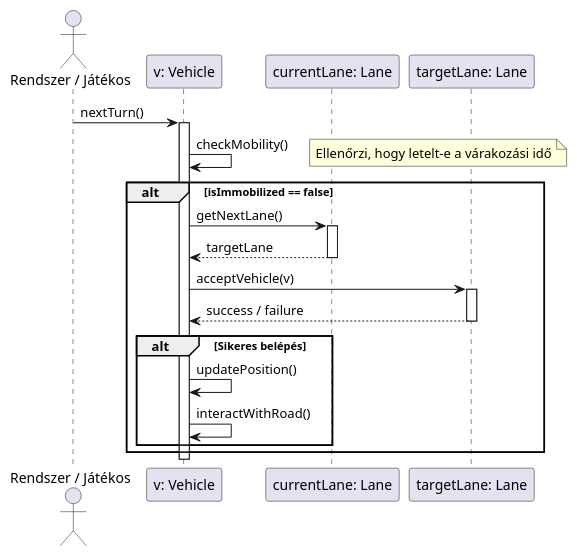
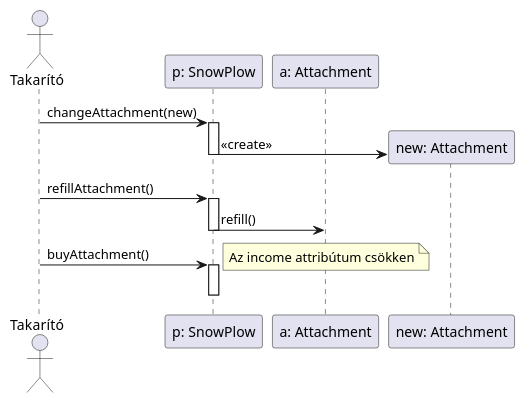
Before and after one commit to toth-andor/UneNotteANapoli: the diagram in docs/04/diagrams/sequence/03.puml, drawn with PlantUML. The commit also changed 3 other files, not shown here.

Commit message:
elso szekvencia diagrammok finomitasa/javitasa

```diff
--- a/docs/04/diagrams/sequence/03.puml
+++ b/docs/04/diagrams/sequence/03.puml
@@ -1,29 +1,21 @@
 @startuml
-actor "Rendszer / Játékos" as A
-participant "v: Vehicle" as V
-participant "currentLane: Lane" as L1
-participant "targetLane: Lane" as L2
+actor "Takarító" as T
+participant "p: SnowPlow" as P
+participant "a: Attachment" as A
 
-A -> V : nextTurn()
-activate V
-    V -> V : checkMobility()
-    note right: Ellenőrzi, hogy letelt-e a várakozási idő 
-    
-    alt isImmobilized == false
-        V -> L1 : getNextLane()
-        activate L1
-        L1 --> V : targetLane
-        deactivate L1
-        
-        V -> L2 : acceptVehicle(v)
-        activate L2
-            L2 --> V : success / failure
-        deactivate L2
-        
-        alt Sikeres belépés
-            V -> V : updatePosition()
-            V -> V : interactWithRoad()
-        end
-    end
-deactivate V
+T -> P : changeAttachment(new)
+activate P
+    create "new: Attachment" as NA
+    P -> NA : <<create>>
+deactivate P
+
+T -> P : refillAttachment()
+activate P
+    P -> A : refill()
+deactivate P
+
+T -> P : buyAttachment()
+activate P
+    note right: Az income attribútum csökken
+deactivate P
 @enduml
```
